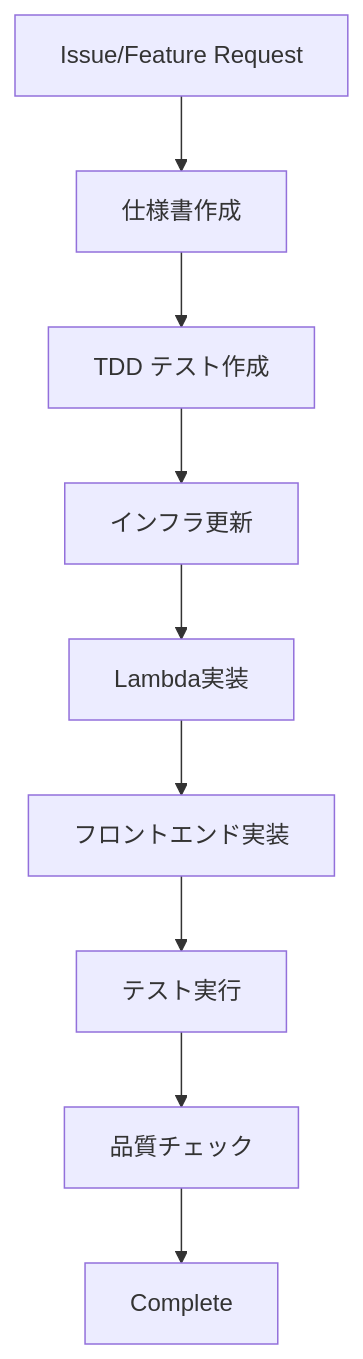
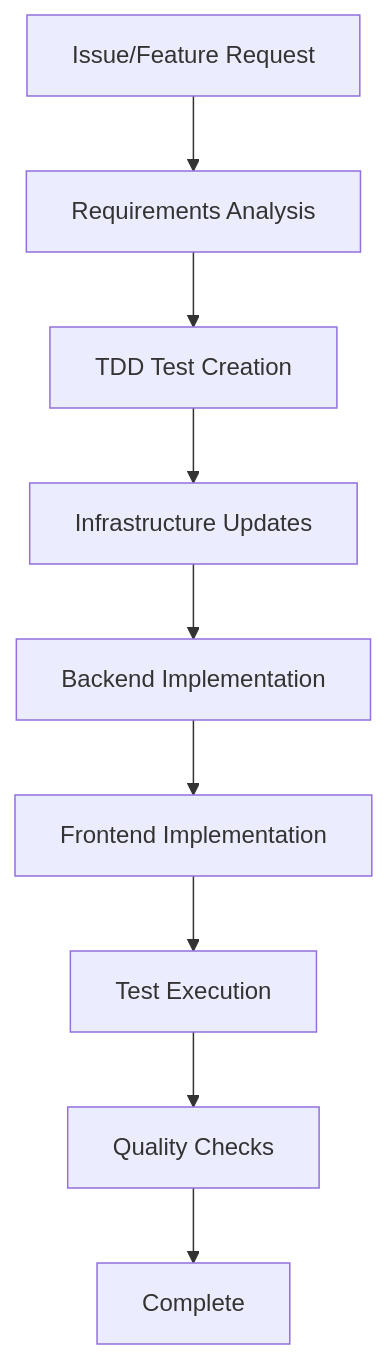
One commit to daktu32/ai-driven-dev-starter-kit changed the diagram in CONTRIBUTING.md. Above: the diagram before and after it, drawn with Mermaid. The commit also changed other lines of this file, not shown here.

````diff
--- a/CONTRIBUTING.md
+++ b/CONTRIBUTING.md
@@ -11,11 +11,11 @@
 ```mermaid
 graph TD
-    A[Issue/Feature Request] --> B[仕様書作成]
-    B --> C[TDD テスト作成]
-    C --> D[インフラ更新]
-    D --> E[Lambda実装]
-    E --> F[フロントエンド実装]
-    F --> G[テスト実行]
-    G --> H[品質チェック]
+    A[Issue/Feature Request] --> B[Requirements Analysis]
+    B --> C[TDD Test Creation]
+    C --> D[Infrastructure Updates]
+    D --> E[Backend Implementation]
+    E --> F[Frontend Implementation]
+    F --> G[Test Execution]
+    G --> H[Quality Checks]
     H --> I[Complete]
 ```
````
